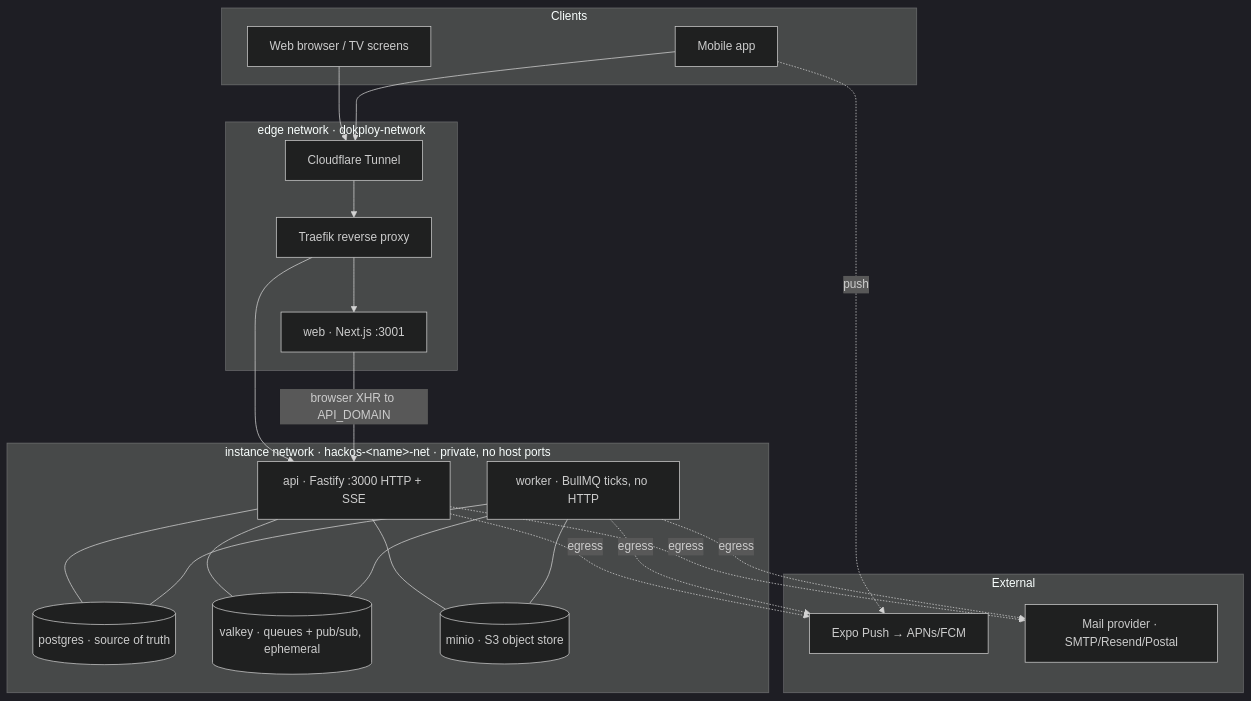
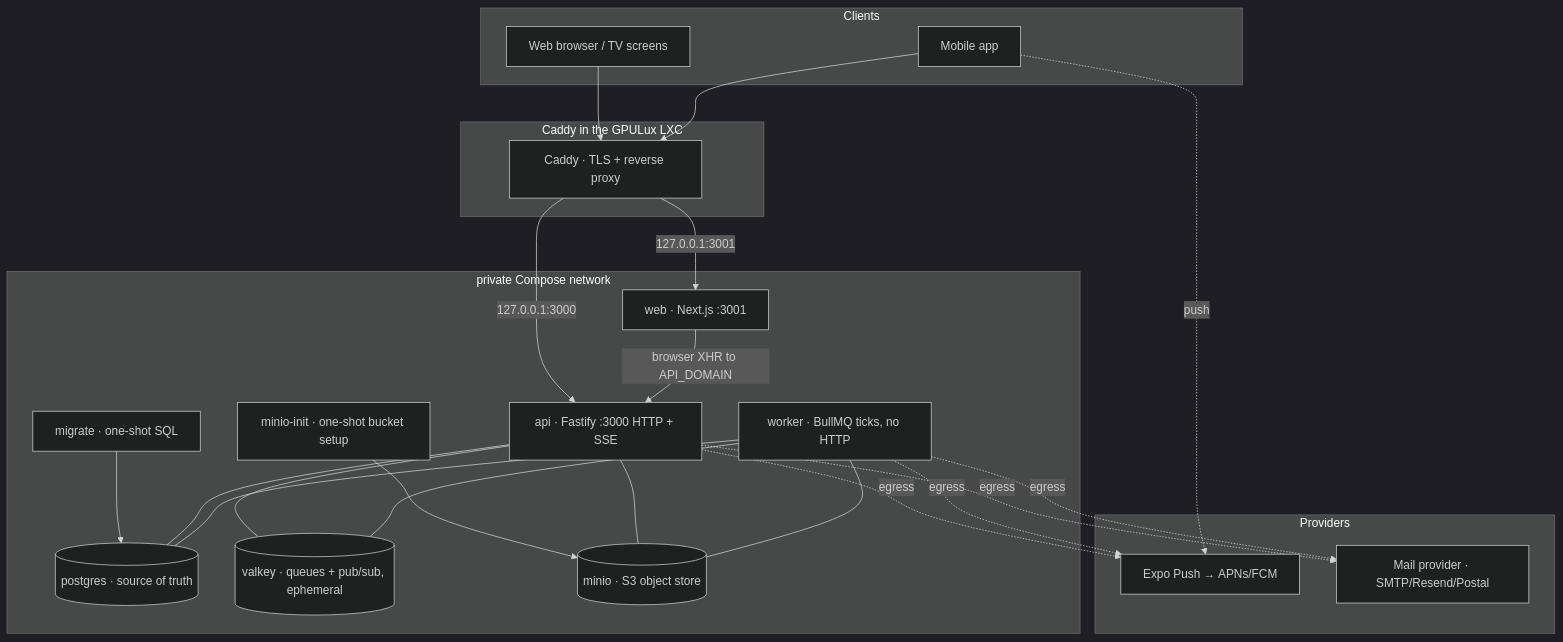
The first of 2 diagrams in docs/architecture.md (danicallero/hackOS), drawn with Mermaid (dark theme) before and after one commit. The commit also changed other lines of this file and 33 other files, not shown here.

````diff
--- a/docs/architecture.md
+++ b/docs/architecture.md
@@ -29,35 +32,38 @@
 ```mermaid
 flowchart TB
     subgraph clients[Clients]
         browser[Web browser / TV screens]
         phone[Mobile app]
     end
 
-    subgraph edge[edge network · dokploy-network]
-        tunnel[Cloudflare Tunnel]
-        traefik[Traefik reverse proxy]
-        web[web · Next.js :3001]
-    end
-
-    subgraph instance[instance network · hackos-&lt;name&gt;-net · private, no host ports]
+    subgraph private[private Compose network]
         api[api · Fastify :3000 HTTP + SSE]
         worker[worker · BullMQ ticks, no HTTP]
         pg[(postgres · source of truth)]
         vk[(valkey · queues + pub/sub, ephemeral)]
         minio[(minio · S3 object store)]
+        migrate[migrate · one-shot SQL]
+        web[web · Next.js :3001]
+        init[minio-init · one-shot bucket setup]
     end
 
-    subgraph ext[External]
+    subgraph ingress[Caddy in the GPULux LXC]
+        caddy[Caddy · TLS + reverse proxy]
+    end
+
+    subgraph ext[Providers]
         expo[Expo Push → APNs/FCM]
         mail[Mail provider · SMTP/Resend/Postal]
     end
 
-    browser & phone --> tunnel --> traefik
-    traefik --> web
-    traefik --> api
+    browser & phone --> caddy
+    caddy -->|127.0.0.1:3000| api
+    caddy -->|127.0.0.1:3001| web
+    migrate --> pg
+    init --> minio
     web -->|browser XHR to API_DOMAIN| api
     api --- pg & vk & minio
     worker --- pg & vk & minio
     api & worker -.egress.-> expo & mail
     phone -.push.-> expo
 ```
````
